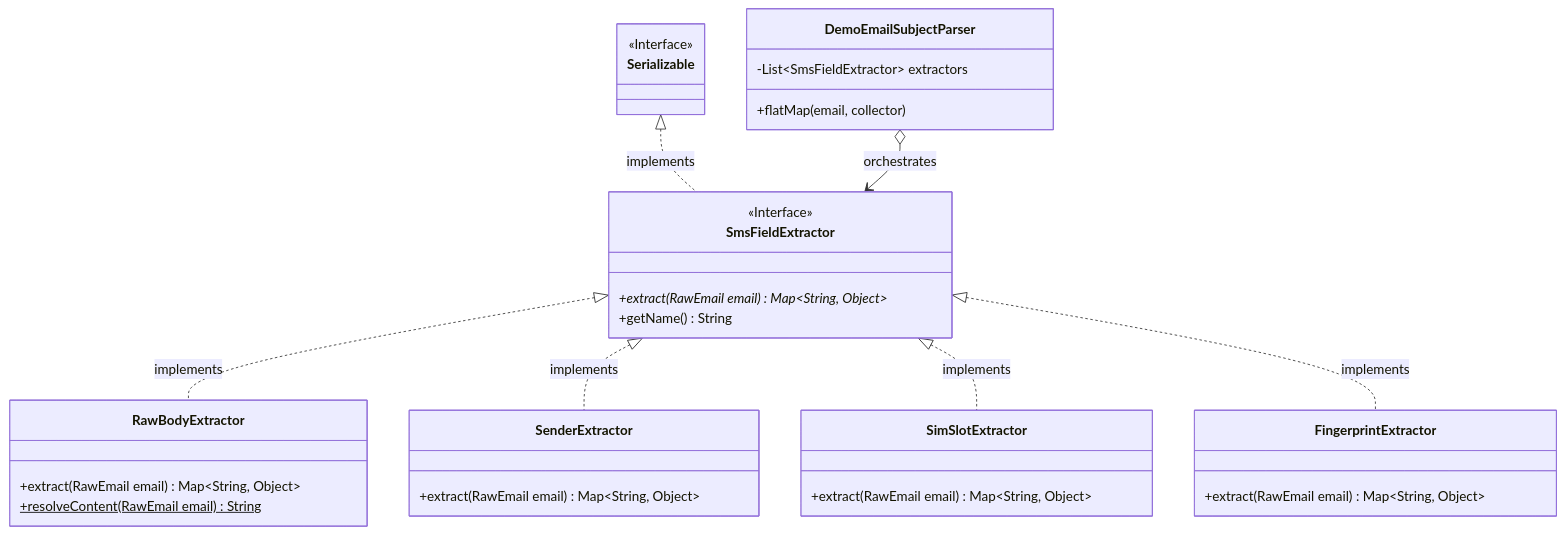
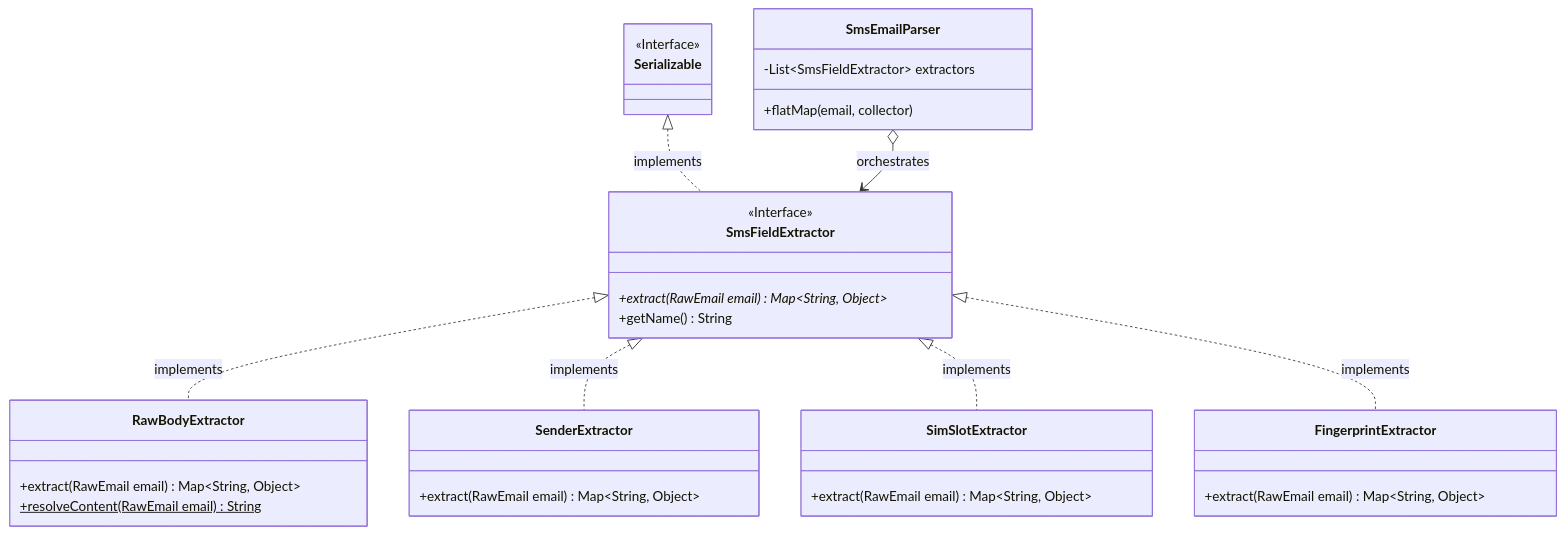
The first of 2 diagrams in docs/parser-pipeline-architecture-design.md (nvd11/sms-flink-etl), drawn with Mermaid before and after one commit. The commit also changed other lines of this file and 13 other files, not shown here.

Commit message:
refactor(transform): rename DemoEmailSubjectParser to SmsEmailParser and clean up legacy dead code

````diff
--- a/docs/parser-pipeline-architecture-design.md
+++ b/docs/parser-pipeline-architecture-design.md
@@ -36,44 +36,44 @@
 ```mermaid
 classDiagram
     direction TB
 
     class Serializable {
         <<Interface>>
     }
 
     class SmsFieldExtractor {
         <<Interface>>
         +extract(RawEmail email)* Map~String, Object~
         +getName() String
     }
 
     class RawBodyExtractor {
         +extract(RawEmail email) Map~String, Object~
         +resolveContent(RawEmail email)$ String
     }
 
     class SenderExtractor {
         +extract(RawEmail email) Map~String, Object~
     }
 
     class SimSlotExtractor {
         +extract(RawEmail email) Map~String, Object~
     }
 
     class FingerprintExtractor {
         +extract(RawEmail email) Map~String, Object~
     }
 
-    class DemoEmailSubjectParser {
+    class SmsEmailParser {
         -List~SmsFieldExtractor~ extractors
         +flatMap(email, collector)
     }
 
     Serializable <|.. SmsFieldExtractor : implements
     SmsFieldExtractor <|.. RawBodyExtractor : implements
     SmsFieldExtractor <|.. SenderExtractor : implements
     SmsFieldExtractor <|.. SimSlotExtractor : implements
     SmsFieldExtractor <|.. FingerprintExtractor : implements
 
-    DemoEmailSubjectParser o--> SmsFieldExtractor : orchestrates
+    SmsEmailParser o--> SmsFieldExtractor : orchestrates
 ```
````
